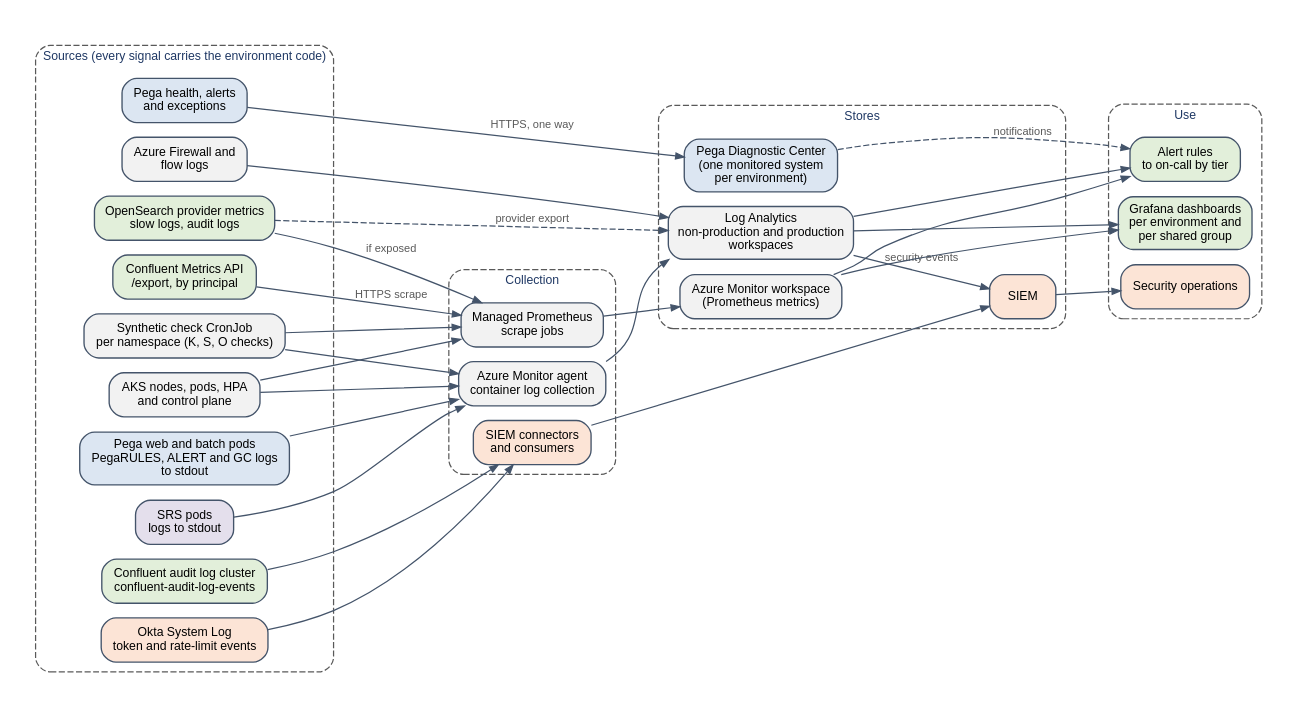
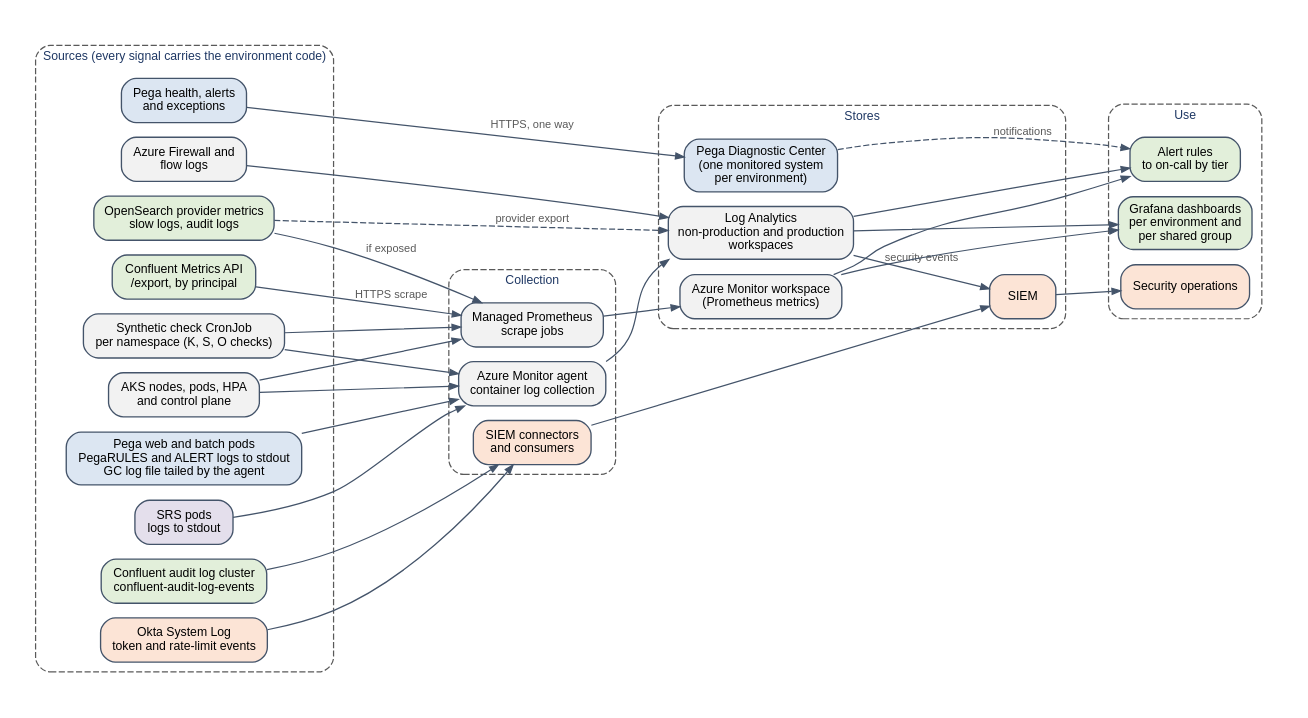
One commit to ravislr-beep/Sukoon changed the diagram in runbook/img/generated/fig_observability.dot. Above: the diagram before and after it, drawn with Graphviz. The commit also changed 15 other files, not shown here.

```diff
--- a/runbook/img/generated/fig_observability.dot
+++ b/runbook/img/generated/fig_observability.dot
@@ -1,46 +1,46 @@
 digraph G {
 
   graph [fontname="Liberation Sans", fontsize=11, bgcolor="white", pad="0.3", nodesep="0.35", ranksep="0.45", fontcolor="#1F3864"];
   node  [fontname="Liberation Sans", fontsize=10, shape=box, style="rounded,filled", fillcolor="white", color="#44546A", penwidth=1.1, margin="0.14,0.07"];
   edge  [fontname="Liberation Sans", fontsize=9, color="#44546A", fontcolor="#595959", arrowsize=0.7, penwidth=1.0];
 
 
   rankdir=LR; nodesep=0.16; ranksep=0.7;
   subgraph cluster_src { label="Sources (every signal carries the environment code)"; style="dashed,rounded"; color="#595959"; fontsize=10;
-    pega [label="Pega web and batch pods\nPegaRULES, ALERT and GC logs\nto stdout", fillcolor="#DCE6F2"];
+    pega [label="Pega web and batch pods\nPegaRULES and ALERT logs to stdout\nGC log file tailed by the agent", fillcolor="#DCE6F2"];
     pdcag [label="Pega health, alerts\nand exceptions", fillcolor="#DCE6F2"];
     srs [label="SRS pods\nlogs to stdout", fillcolor="#E4DFEC"];
     aks [label="AKS nodes, pods, HPA\nand control plane", fillcolor="#F2F2F2"];
     syn [label="Synthetic check CronJob\nper namespace (K, S, O checks)", fillcolor="#F2F2F2"];
     ccm [label="Confluent Metrics API\n/export, by principal", fillcolor="#E2EFDA"];
     cca [label="Confluent audit log cluster\nconfluent-audit-log-events", fillcolor="#E2EFDA"];
     osm [label="OpenSearch provider metrics\nslow logs, audit logs", fillcolor="#E2EFDA"];
     okl [label="Okta System Log\ntoken and rate-limit events", fillcolor="#FCE4D6"];
     fwl [label="Azure Firewall and\nflow logs", fillcolor="#F2F2F2"];
   }
   subgraph cluster_col { label="Collection"; style="dashed,rounded"; color="#595959"; fontsize=10;
     ama [label="Azure Monitor agent\ncontainer log collection", fillcolor="#F2F2F2"];
     prom [label="Managed Prometheus\nscrape jobs", fillcolor="#F2F2F2"];
     conn [label="SIEM connectors\nand consumers", fillcolor="#FCE4D6"];
   }
   subgraph cluster_store { label="Stores"; style="dashed,rounded"; color="#595959"; fontsize=10;
     law [label="Log Analytics\nnon-production and production\nworkspaces", fillcolor="#F2F2F2"];
     amw [label="Azure Monitor workspace\n(Prometheus metrics)", fillcolor="#F2F2F2"];
     siem [label="SIEM", fillcolor="#FCE4D6"];
     pdc [label="Pega Diagnostic Center\n(one monitored system\nper environment)", fillcolor="#DCE6F2"];
   }
   subgraph cluster_use { label="Use"; style="dashed,rounded"; color="#595959"; fontsize=10;
     graf [label="Grafana dashboards\nper environment and\nper shared group", fillcolor="#E2EFDA"];
     alert [label="Alert rules\nto on-call by tier", fillcolor="#E2EFDA"];
     soc [label="Security operations", fillcolor="#FCE4D6"];
   }
   pega -> ama; srs -> ama; aks -> ama; syn -> ama;
   aks -> prom; syn -> prom; ccm -> prom [label="HTTPS scrape"]; osm -> prom [label="if exposed"];
   cca -> conn; okl -> conn; fwl -> law;
   osm -> law [label="provider export", style=dashed];
   pdcag -> pdc [label="HTTPS, one way"];
   ama -> law; prom -> amw; conn -> siem; law -> siem [label="security events"];
   law -> graf; amw -> graf; law -> alert; amw -> alert; pdc -> alert [style=dashed, label="notifications"];
   siem -> soc;
 
 }
```
